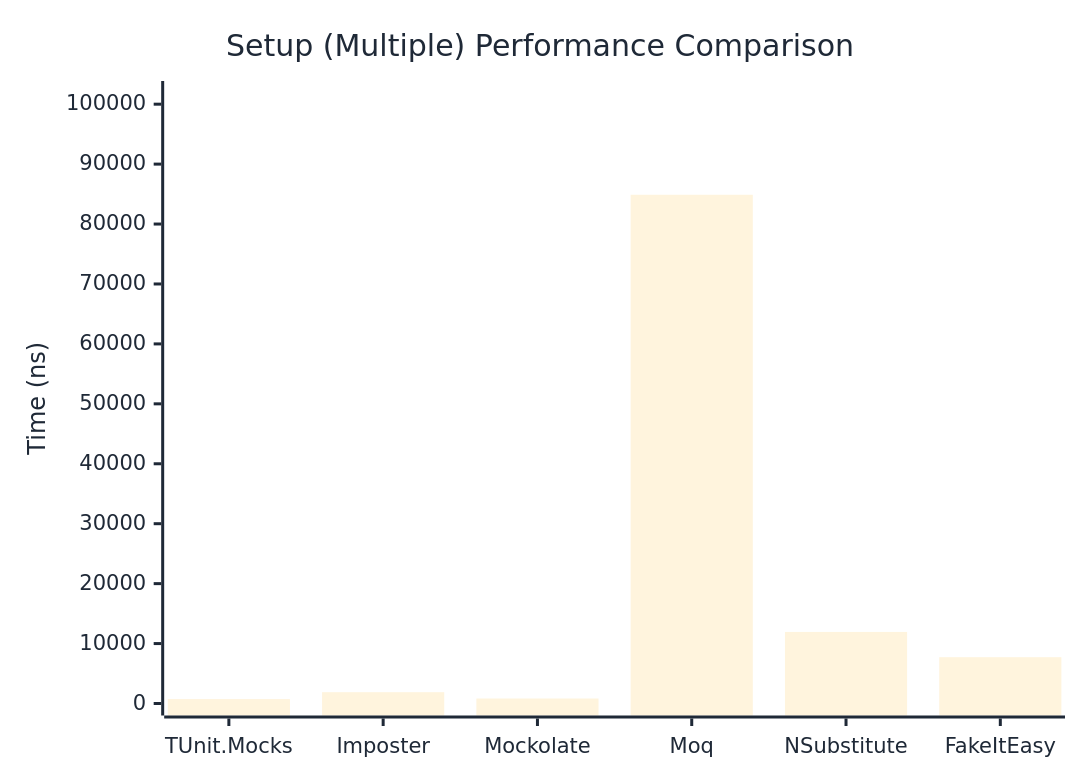
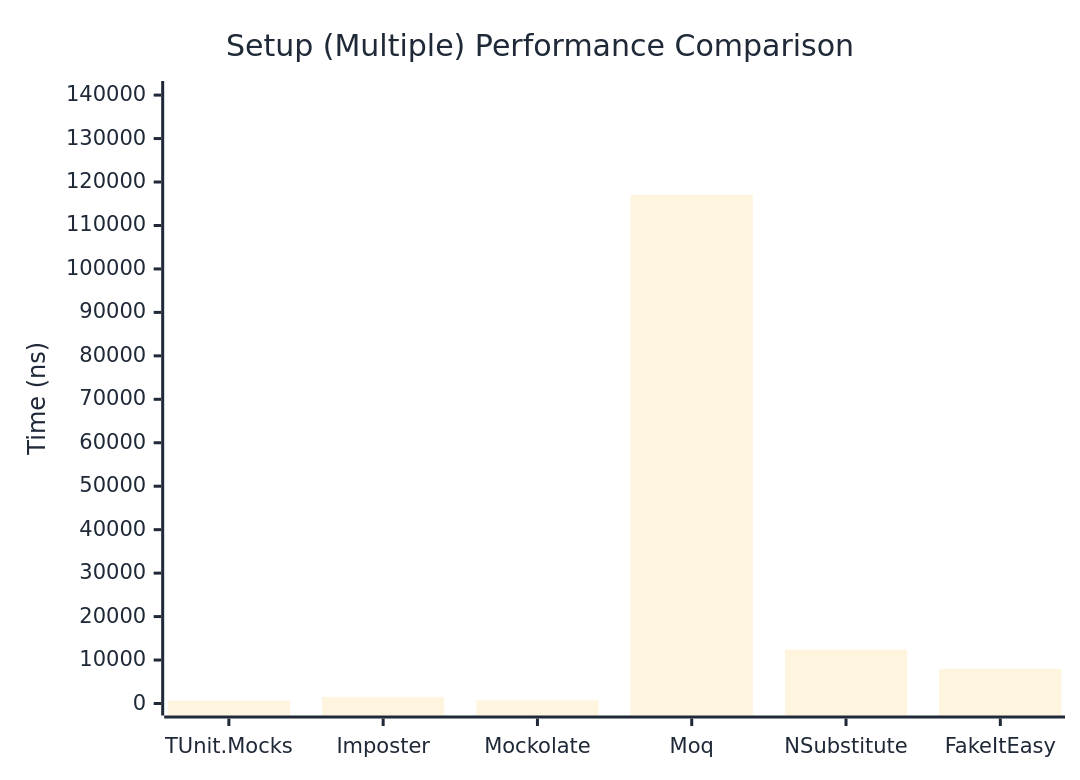
Before and after one commit to thomhurst/TUnit: the second of 2 diagrams in docs/docs/benchmarks/mocks/Setup.md, drawn with Mermaid. The commit also changed other lines of this file and 14 other files, not shown here.

````diff
--- a/docs/docs/benchmarks/mocks/Setup.md
+++ b/docs/docs/benchmarks/mocks/Setup.md
@@ -69,27 +69,27 @@
 ```mermaid
 %%{init: {
   'theme':'base',
   'themeVariables': {
     'primaryColor': '#2563eb',
     'primaryTextColor': '#1f2937',
     'primaryBorderColor': '#1e40af',
     'lineColor': '#6b7280',
     'secondaryColor': '#7c3aed',
     'tertiaryColor': '#dc2626',
     'background': '#ffffff',
     'pie1': '#2563eb',
     'pie2': '#7c3aed',
     'pie3': '#dc2626',
     'pie4': '#f59e0b',
     'pie5': '#10b981',
     'pie6': '#06b6d4',
     'pie7': '#ec4899',
     'pie8': '#6366f1'
   }
 }}%%
 xychart-beta
   title "Setup (Multiple) Performance Comparison"
   x-axis ["TUnit.Mocks", "Imposter", "Mockolate", "Moq", "NSubstitute", "FakeItEasy"]
-  y-axis "Time (ns)" 0 --> 101865
-  bar [736.3, 1889.5, 832, 84886.7, 11939.5, 7725.6]
+  y-axis "Time (ns)" 0 --> 140484
+  bar [649.6, 1519.3, 747.1, 117070, 12401.2, 7976.4]
 ```
````
